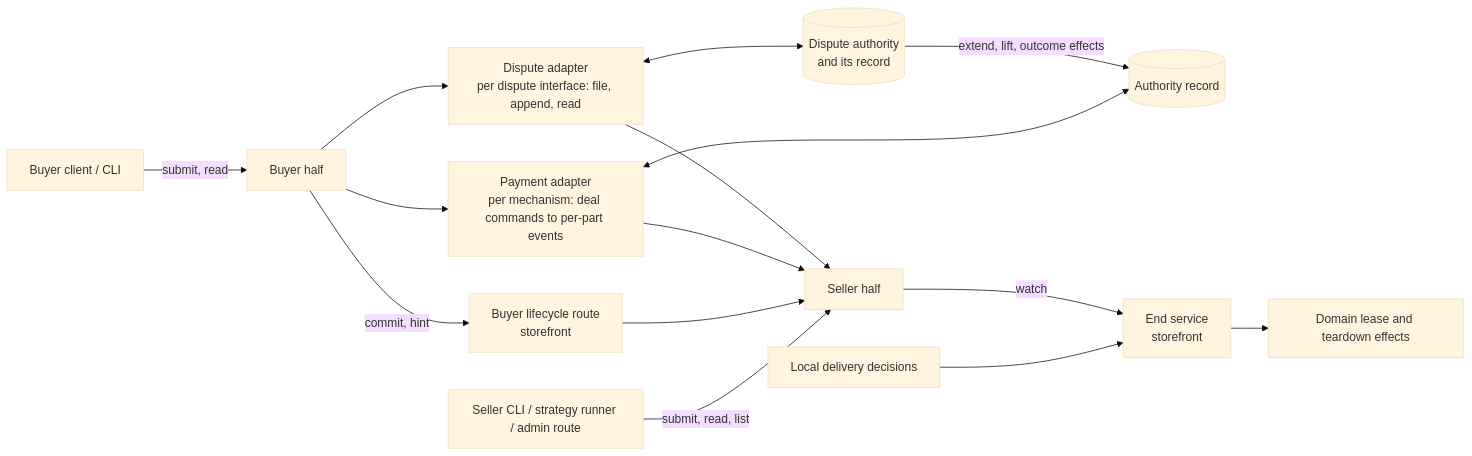
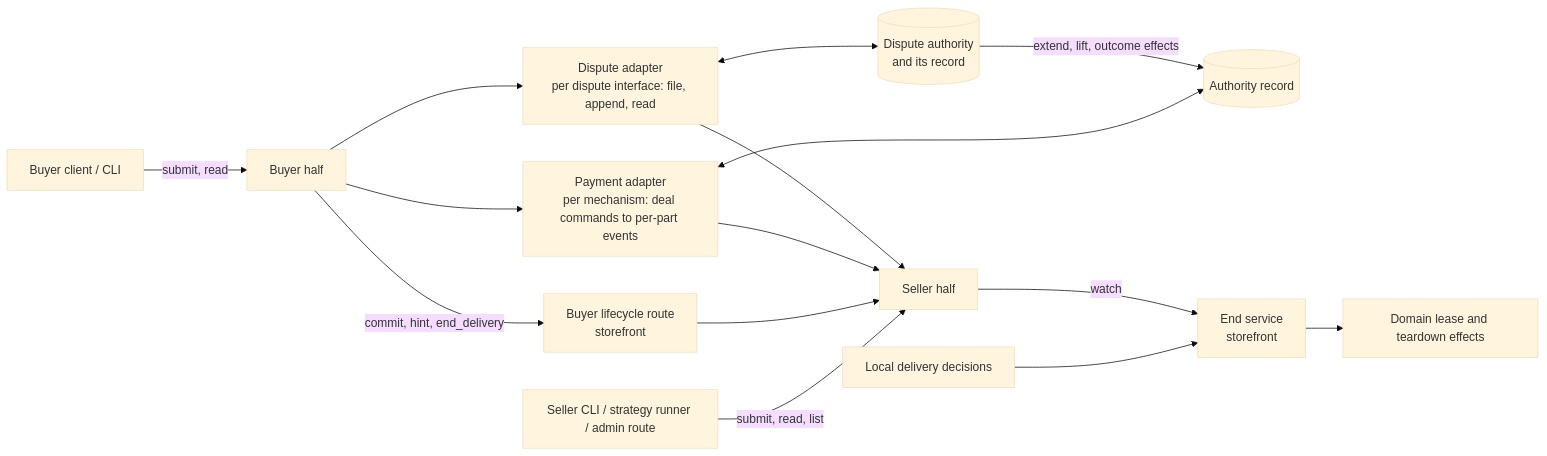
Before and after one commit to arkhai-io/simple-compute-market: the first of 2 diagrams in openspec/changes/agreed-evidence-and-early-termination/design.md, drawn with Mermaid (base theme). The commit also changed other lines of this file and 11 other files, not shown here.

Commit message:
docs: fold buyer compute termination into lifecycle design

````diff
--- a/openspec/changes/agreed-evidence-and-early-termination/design.md
+++ b/openspec/changes/agreed-evidence-and-early-termination/design.md
@@ -167,17 +167,17 @@
 ```mermaid
 flowchart LR
     BC[Buyer client / CLI] -->|submit, read| BH[Buyer half]
     BH --> AD[Payment adapter<br/>per mechanism: deal commands to per-part events]
     BH --> AR[Dispute adapter<br/>per dispute interface: file, append, read]
     AR <--> AC[(Dispute authority<br/>and its record)]
     AC -->|extend, lift, outcome effects| AU
     AR --> SH
-    BH -->|commit, hint| LR[Buyer lifecycle route<br/>storefront]
+    BH -->|commit, hint, end_delivery| LR[Buyer lifecycle route<br/>storefront]
     AD <--> AU[(Authority record)]
     AD --> SH[Seller half]
     SH -->|watch| ES[End service<br/>storefront]
     LR --> SH
     SC[Seller CLI / strategy runner / admin route] -->|submit, read, list| SH
     LD[Local delivery decisions] --> ES
     ES --> DP[Domain lease and teardown effects]
 ```
````
